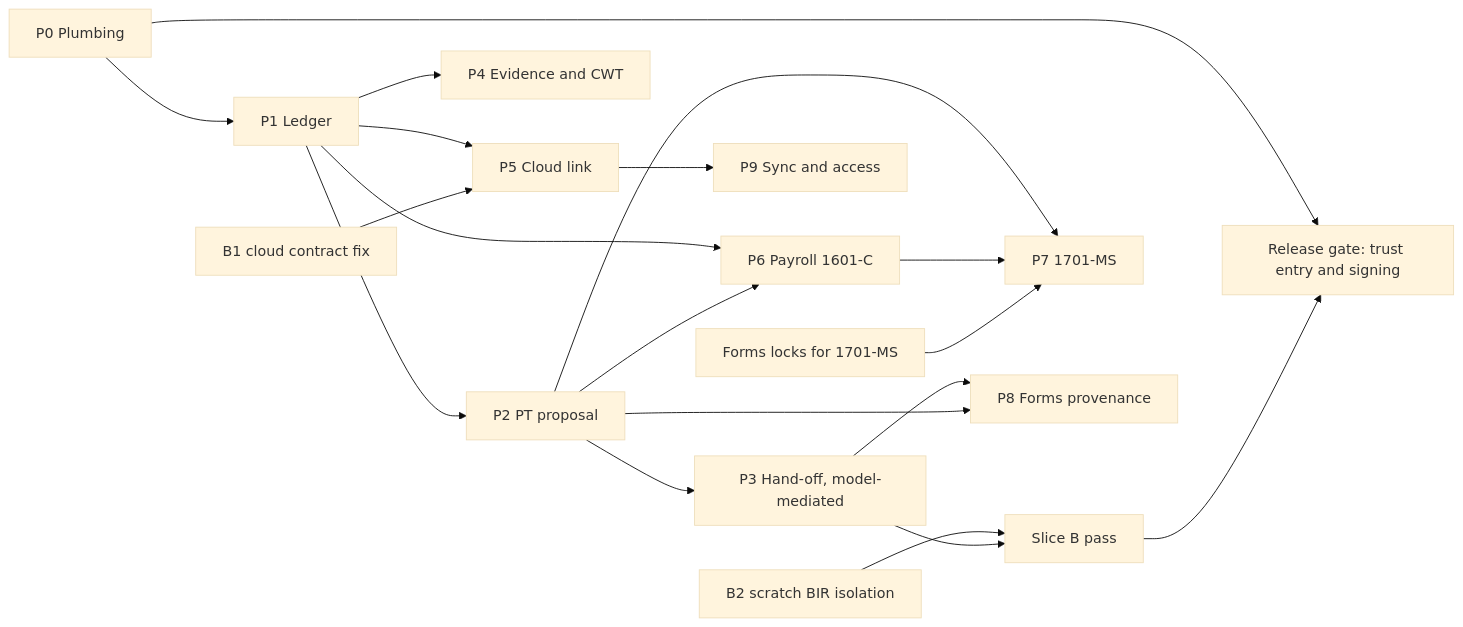
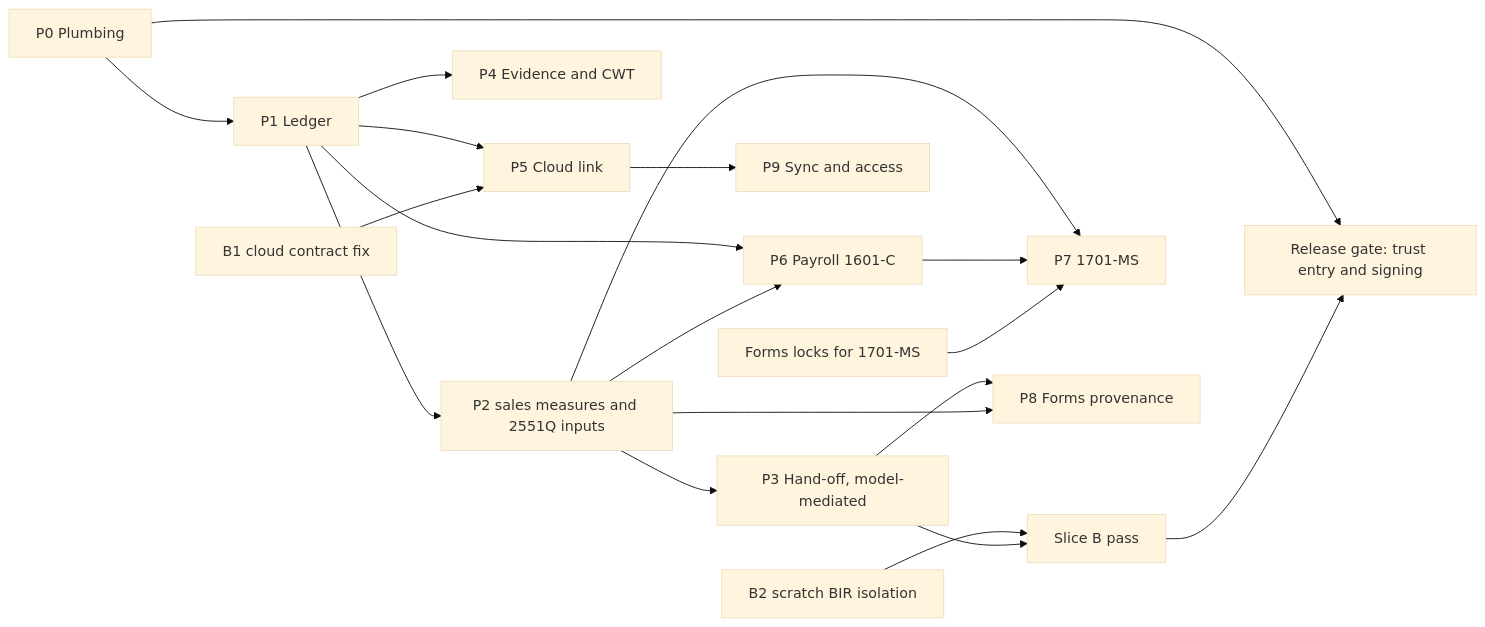
The diagram in docs/05-implementation-plan.md (buwiz-app/books), drawn with Mermaid (base theme) before and after one commit. The commit also changed other lines of this file and 89 other files, not shown here.

````diff
--- a/docs/05-implementation-plan.md
+++ b/docs/05-implementation-plan.md
@@ -38,21 +38,21 @@
 ```mermaid
 flowchart LR
   P0["P0 Plumbing"] --> P1["P1 Ledger"]
   P0 --> RELEASE["Release gate: trust entry and signing"]
-  P1 --> P2["P2 PT proposal"]
+  P1 --> P2["P2 sales measures and 2551Q inputs"]
   P2 --> P3["P3 Hand-off, model-mediated"]
   B2["B2 scratch BIR isolation"] --> SLICEB["Slice B pass"]
   P3 --> SLICEB
   SLICEB --> RELEASE
   P1 --> P4["P4 Evidence and CWT"]
   P1 --> P5["P5 Cloud link"]
   B1["B1 cloud contract fix"] --> P5
   P5 --> P9["P9 Sync and access"]
   P1 --> P6["P6 Payroll 1601-C"]
   P2 --> P6
   P2 --> P7["P7 1701-MS"]
   P6 --> P7
   FL["Forms locks for 1701-MS"] --> P7
   P3 --> P8["P8 Forms provenance"]
   P2 --> P8
 ```
````
